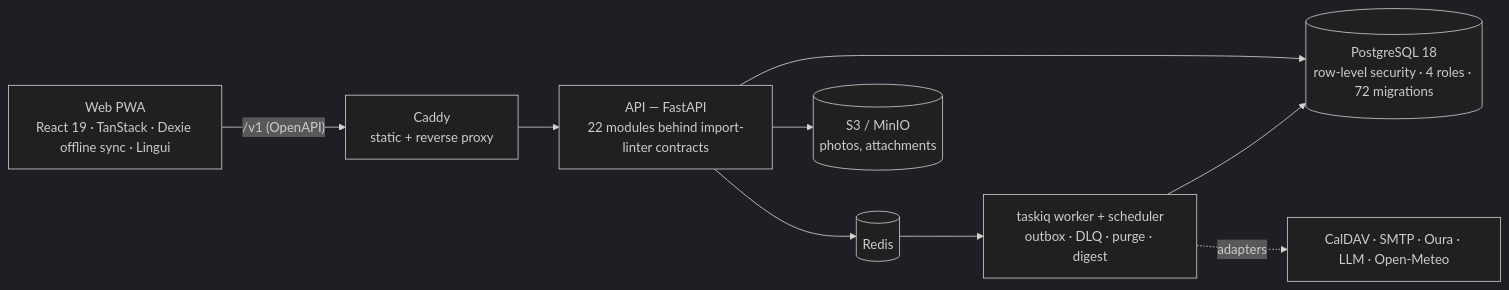
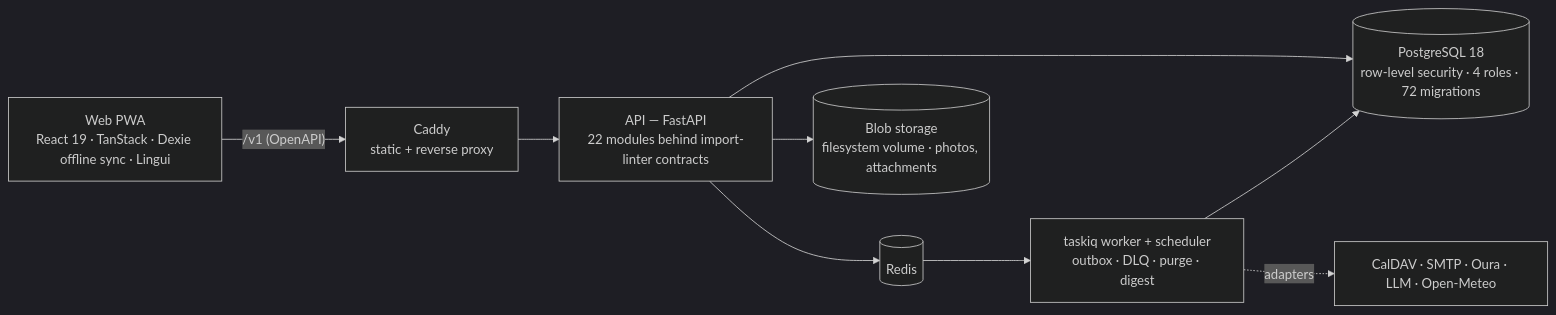
The diagram in README.md (Juice-de-Orange/Custode), drawn with Mermaid (dark theme) before and after one commit. The commit also changed other lines of this file and 16 other files, not shown here.

````diff
--- a/README.md
+++ b/README.md
@@ -59,11 +59,11 @@
 ```mermaid
 flowchart LR
   pwa["Web PWA<br/>React 19 · TanStack · Dexie offline sync · Lingui"] -- "/v1 (OpenAPI)" --> caddy["Caddy<br/>static + reverse proxy"]
   caddy --> api["API — FastAPI<br/>22 modules behind import-linter contracts"]
   api --> pg[("PostgreSQL 18<br/>row-level security · 4 roles · 72 migrations")]
   api --> redis[("Redis")]
   redis --> worker["taskiq worker + scheduler<br/>outbox · DLQ · purge · digest"]
   worker --> pg
-  api --> s3[("S3 / MinIO<br/>photos, attachments")]
+  api --> blob[("Blob storage<br/>filesystem volume · photos, attachments")]
   worker -. adapters .-> ext["CalDAV · SMTP · Oura · LLM · Open-Meteo"]
 ```
````
